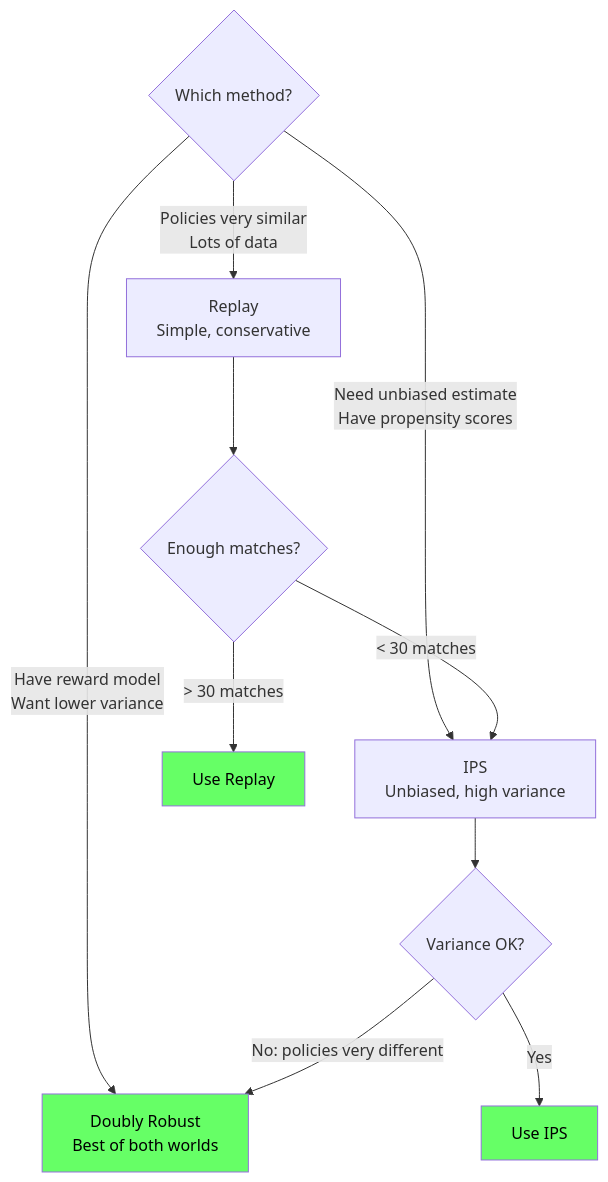
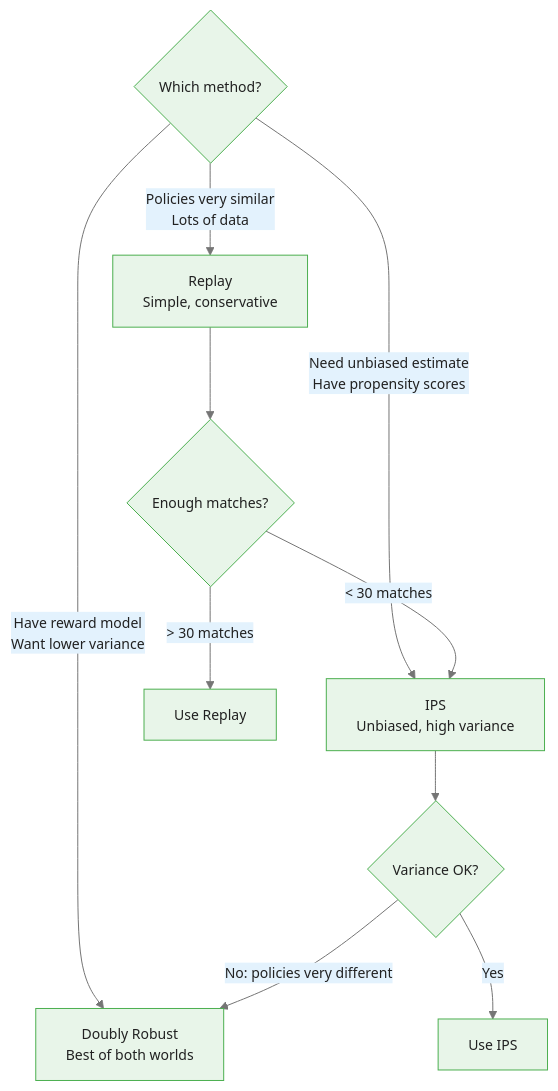
One commit to m-deane/course-creator changed the second of 3 diagrams in courses/multi-armed-bandits-ab-testing/modules/module_07_production_systems/guides/03_offline_evaluation_slides.md. Above: the diagram before and after it, drawn with Mermaid. The commit also changed other lines of this file and 146 other files, not shown here.

````diff
--- a/courses/multi-armed-bandits-ab-testing/modules/module_07_production_systems/guides/03_offline_evaluation_slides.md
+++ b/courses/multi-armed-bandits-ab-testing/modules/module_07_production_systems/guides/03_offline_evaluation_slides.md
@@ -99,19 +123,16 @@
 ```mermaid
+%%{init: {"theme": "base", "themeVariables": {"primaryColor": "#e8f5e9", "primaryBorderColor": "#4caf50", "primaryTextColor": "#212121", "secondaryColor": "#e3f2fd", "tertiaryColor": "#fff8e1", "lineColor": "#757575", "fontFamily": "Inter, sans-serif", "fontSize": "14px"}}}%%
 flowchart TD
     Q{Which method?}
     Q -->|"Need unbiased estimate<br/>Have propensity scores"| IPS_m["IPS<br/>Unbiased, high variance"]
     Q -->|"Have reward model<br/>Want lower variance"| DR_m["Doubly Robust<br/>Best of both worlds"]
     Q -->|"Policies very similar<br/>Lots of data"| Replay_m["Replay<br/>Simple, conservative"]
 
     IPS_m --> Check1{"Variance OK?"}
     Check1 -->|"No: policies very different"| DR_m
     Check1 -->|"Yes"| Use_IPS["Use IPS"]
 
     Replay_m --> Check2{"Enough matches?"}
     Check2 -->|"< 30 matches"| IPS_m
     Check2 -->|"> 30 matches"| Use_Replay["Use Replay"]
-
-    style Use_IPS fill:#6f6,color:#000
-    style DR_m fill:#6f6,color:#000
-    style Use_Replay fill:#6f6,color:#000
 ```
````
